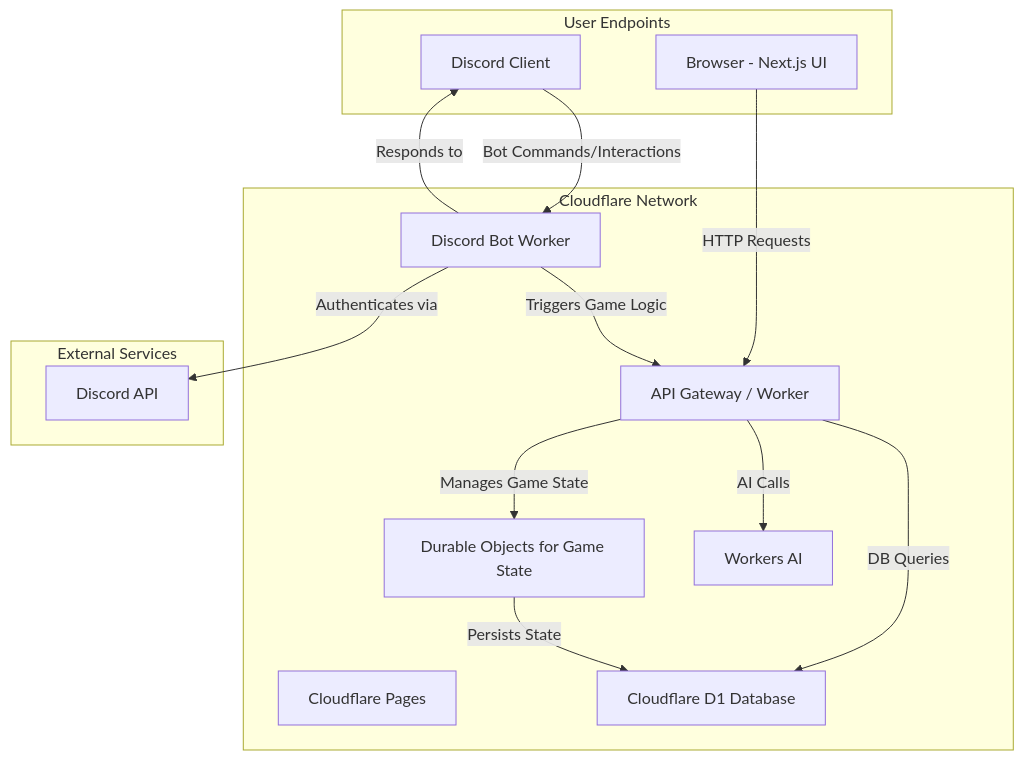
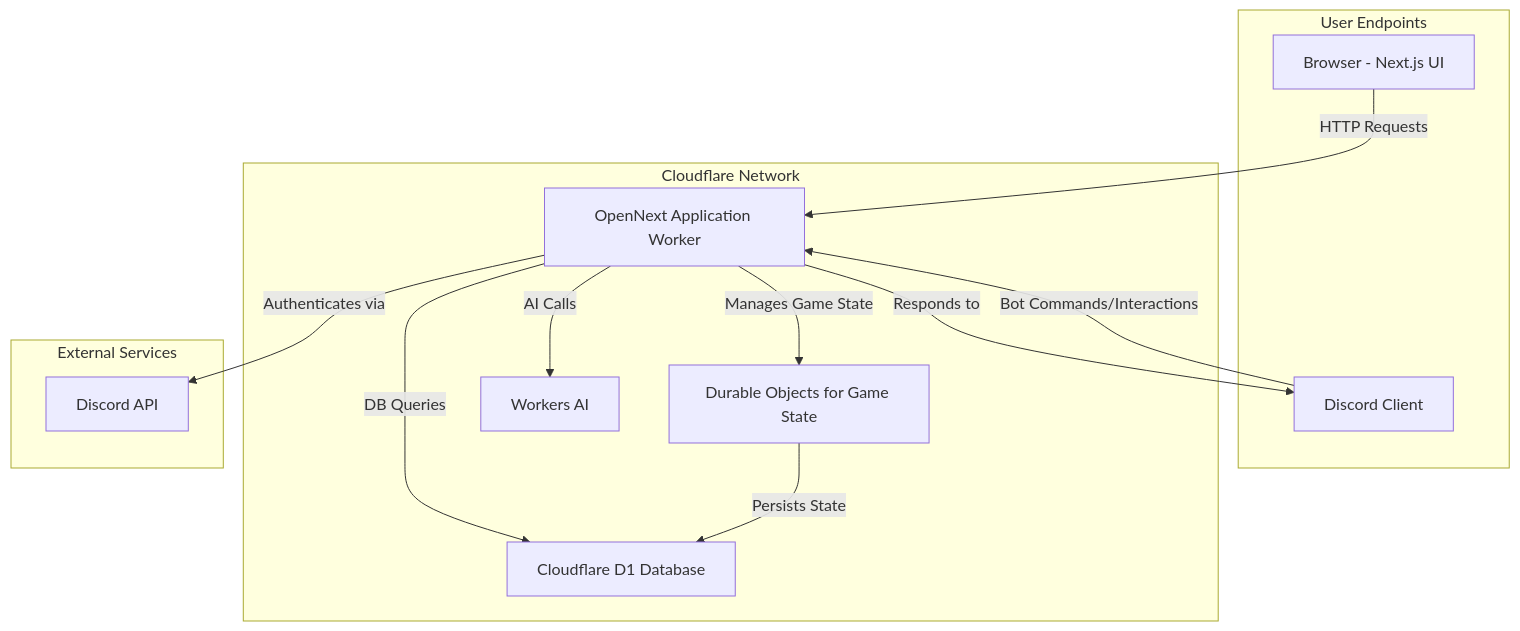
The diagram in docs/architecture.md (rgilks/cepheus-onl), drawn with Mermaid before and after one commit. The commit also changed other lines of this file and 3 other files, not shown here.

Commit message:
docs: update and align all documentation with current architecture

````diff
--- a/docs/architecture.md
+++ b/docs/architecture.md
@@ -17,30 +15,27 @@
 ```mermaid
 graph TD
     subgraph User Endpoints
         A[Browser - Next.js UI]
         B[Discord Client]
     end
 
     subgraph Cloudflare Network
-        C[Cloudflare Pages]
-        D[API Gateway / Worker]
-        E[Discord Bot Worker]
+        AppWorker[OpenNext Application Worker]
         F[Durable Objects for Game State]
         G[Cloudflare D1 Database]
         H[Workers AI]
     end
 
     subgraph External Services
         I[Discord API]
     end
 
-    A -- HTTP Requests --> D
-    B -- Bot Commands/Interactions --> E
-    D -- DB Queries --> G
-    D -- Manages Game State --> F
-    D -- AI Calls --> H
-    E -- Responds to --> B
-    E -- Triggers Game Logic --> D
-    E -- Authenticates via --> I
+    A -- HTTP Requests --> AppWorker
+    B -- Bot Commands/Interactions --> AppWorker
+    AppWorker -- DB Queries --> G
+    AppWorker -- Manages Game State --> F
+    AppWorker -- AI Calls --> H
+    AppWorker -- Responds to --> B
+    AppWorker -- Authenticates via --> I
     F -- Persists State --> G
 ```
````
